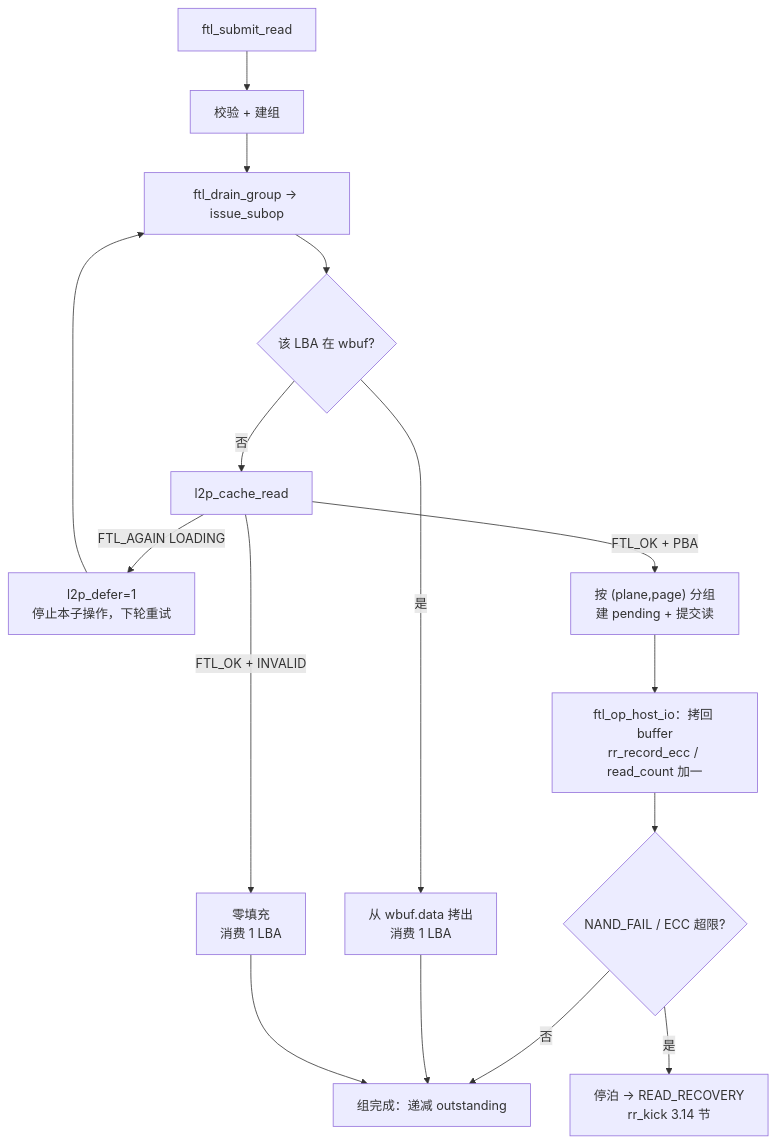
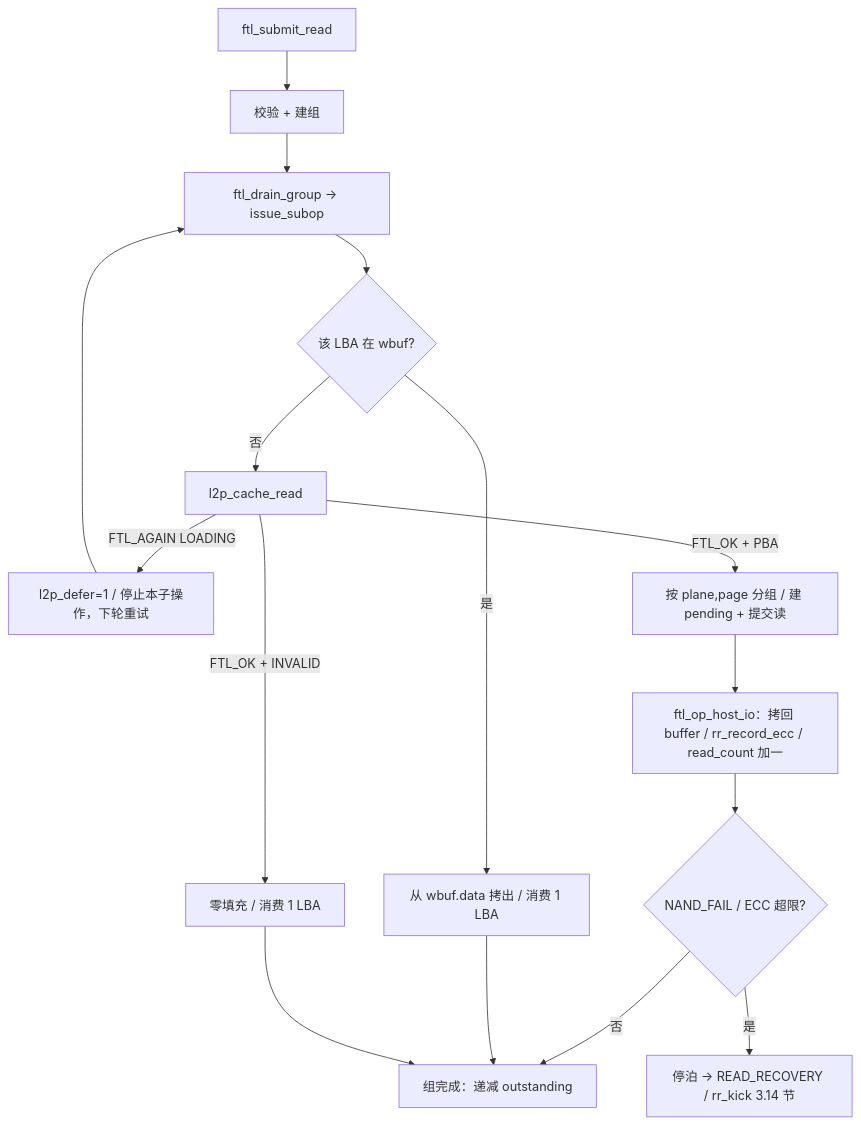
Diagram 22 of 28 in docs/design/ftl_design.md (YzYMIAO/BASESSD), drawn with Mermaid before and after one commit. The commit also changed other lines of this file, not shown here.

First line of the commit message:
docs(ftl): 修复 6 张 stateDiagram 的围栏粘连

````diff
--- a/docs/design/ftl_design.md
+++ b/docs/design/ftl_design.md
@@ -2912,18 +2912,18 @@
 ```mermaid
 flowchart TD
     A["ftl_submit_read"] --> B["校验 + 建组"]
     B --> C["ftl_drain_group → issue_subop"]
     C --> D{"该 LBA 在 wbuf?"}
-    D -- "是" --> E["从 wbuf.data 拷出<br/>消费 1 LBA"]
+    D -- "是" --> E["从 wbuf.data 拷出 / 消费 1 LBA"]
     D -- "否" --> F["l2p_cache_read"]
-    F -- "FTL_AGAIN LOADING " --> G["l2p_defer=1<br/>停止本子操作，下轮重试"]
-    F -- "FTL_OK + INVALID" --> H["零填充<br/>消费 1 LBA"]
-    F -- "FTL_OK + PBA" --> I["按 (plane,page) 分组<br/>建 pending + 提交读"]
-    I --> J["ftl_op_host_io：拷回 buffer<br/>rr_record_ecc / read_count 加一"]
+    F -- "FTL_AGAIN LOADING" --> G["l2p_defer=1 / 停止本子操作，下轮重试"]
+    F -- "FTL_OK + INVALID" --> H["零填充 / 消费 1 LBA"]
+    F -- "FTL_OK + PBA" --> I["按 plane,page 分组 / 建 pending + 提交读"]
+    I --> J["ftl_op_host_io：拷回 buffer / rr_record_ecc / read_count 加一"]
     J --> K{"NAND_FAIL / ECC 超限?"}
-    K -- "是" --> L["停泊 → READ_RECOVERY<br/>rr_kick 3.14 节 "]
+    K -- "是" --> L["停泊 → READ_RECOVERY / rr_kick 3.14 节"]
     K -- "否" --> M["组完成：递减 outstanding"]
     E --> M
     H --> M
     G --> C
 ```
````
